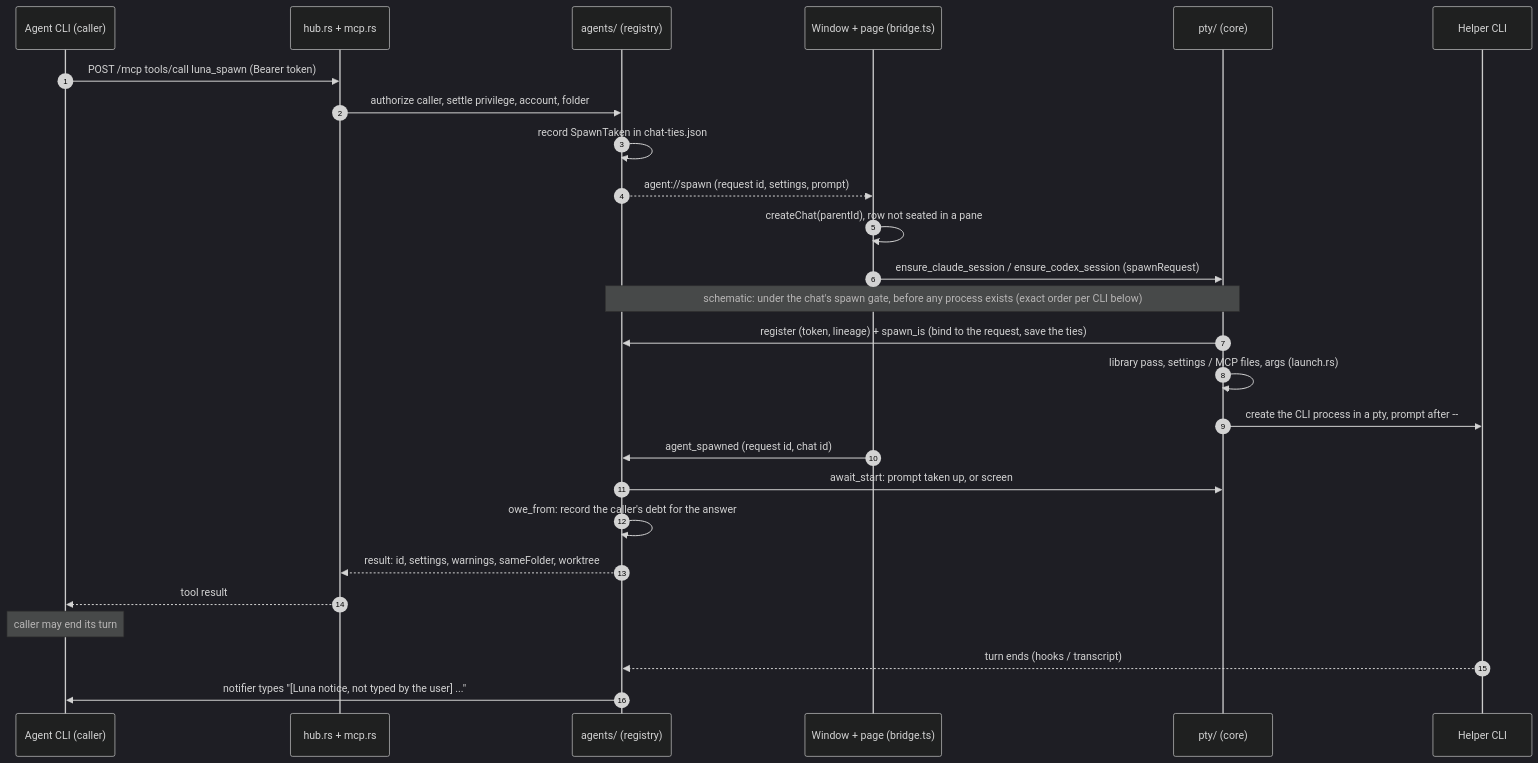
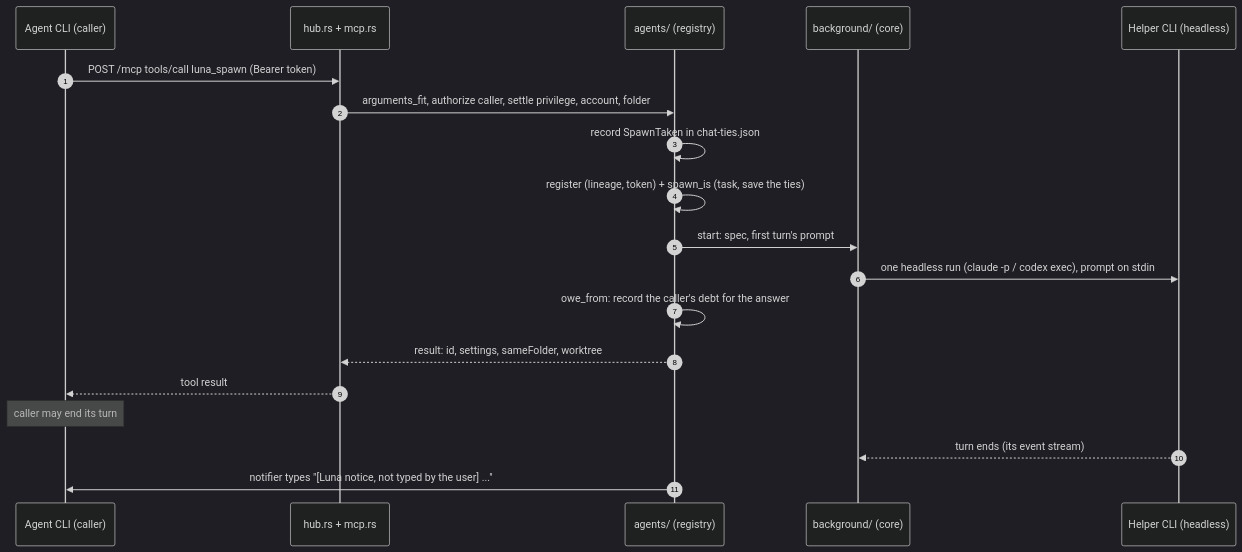
The second of 3 diagrams in docs/architecture/overview.md (nrubinmosin/luna), drawn with Mermaid (dark theme) before and after one commit. The commit also changed other lines of this file and 74 other files, not shown here.

````diff
--- a/docs/architecture/overview.md
+++ b/docs/architecture/overview.md
@@ -112,29 +113,22 @@
 ```mermaid
 sequenceDiagram
   autonumber
   participant A as Agent CLI (caller)
   participant H as hub.rs + mcp.rs
   participant R as agents/ (registry)
-  participant Wn as Window + page (bridge.ts)
-  participant PT as pty/ (core)
-  participant S as Helper CLI
+  participant B as background/ (core)
+  participant S as Helper CLI (headless)
 
   A->>H: POST /mcp tools/call luna_spawn (Bearer token)
-  H->>R: authorize caller, settle privilege, account, folder
+  H->>R: arguments_fit, authorize caller, settle privilege, account, folder
   R->>R: record SpawnTaken in chat-ties.json
-  R-->>Wn: agent://spawn (request id, settings, prompt)
-  Wn->>Wn: createChat(parentId), row not seated in a pane
-  Wn->>PT: ensure_claude_session / ensure_codex_session (spawnRequest)
-  Note over PT,R: schematic: under the chat's spawn gate, before any process exists (exact order per CLI below)
-  PT->>R: register (token, lineage) + spawn_is (bind to the request, save the ties)
-  PT->>PT: library pass, settings / MCP files, args (launch.rs)
-  PT->>S: create the CLI process in a pty, prompt after --
-  Wn->>R: agent_spawned (request id, chat id)
-  R->>PT: await_start: prompt taken up, or screen
+  R->>R: register (lineage, token) + spawn_is (task, save the ties)
+  R->>B: start: spec, first turn's prompt
+  B->>S: one headless run (claude -p / codex exec), prompt on stdin
   R->>R: owe_from: record the caller's debt for the answer
-  R-->>H: result: id, settings, warnings, sameFolder, worktree
+  R-->>H: result: id, settings, sameFolder, worktree
   H-->>A: tool result
   Note over A: caller may end its turn
-  S-->>R: turn ends (hooks / transcript)
+  S-->>B: turn ends (its event stream)
   R->>A: notifier types "[Luna notice, not typed by the user] ..."
 ```
````
